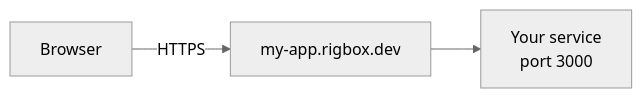
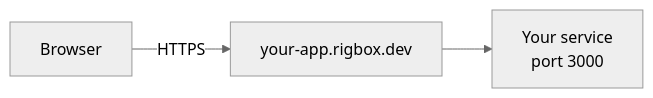
Before and after one commit to rigbox-dev/docs: the first of 3 diagrams in concepts/architecture.mdx, drawn with Mermaid (neutral theme). The commit also changed other lines of this file and 12 other files, not shown here.

````diff
--- a/concepts/architecture.mdx
+++ b/concepts/architecture.mdx
@@ -26,5 +26,5 @@
 ```mermaid
 flowchart LR
-    BROWSER[Browser] -->|HTTPS| SUB["my-app.rigbox.dev"]
+    BROWSER[Browser] -->|HTTPS| SUB["your-app.rigbox.dev"]
     SUB --> VM["Your service\nport 3000"]
 ```
````
